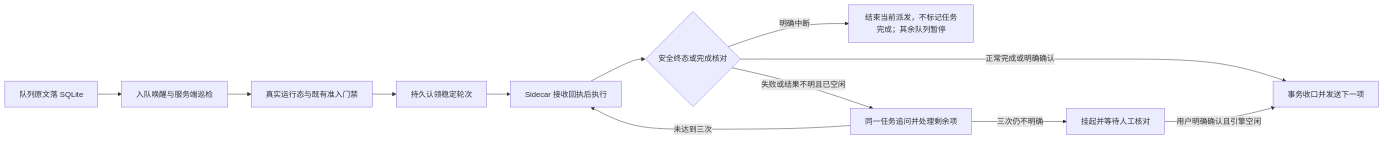
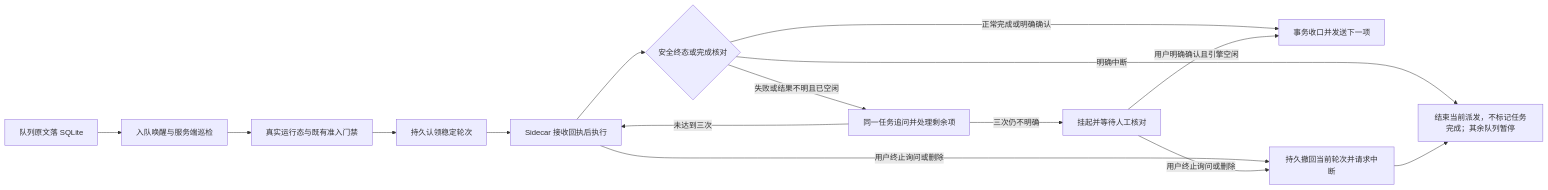
Before and after one commit to exception-coder/kai-toolbox: diagram 35 of 45 in docs/ai-coding-architecture.md, drawn with Mermaid. The commit also changed other lines of this file and 18 other files, not shown here.

````diff
--- a/docs/ai-coding-architecture.md
+++ b/docs/ai-coding-architecture.md
@@ -929,14 +929,17 @@
 ```mermaid
 flowchart LR
     SAVE[队列原文落 SQLite] --> WAKE[入队唤醒与服务端巡检]
     WAKE --> GATE[真实运行态与既有准入门禁]
     GATE --> CLAIM[持久认领稳定轮次]
     CLAIM --> RECEIPT[Sidecar 接收回执后执行]
     RECEIPT --> DONE{安全终态或完成核对}
     DONE -->|正常完成或明确确认| NEXT[事务收口并发送下一项]
     DONE -->|明确中断| CANCEL[结束当前派发，不标记任务完成；其余队列暂停]
     DONE -->|失败或结果不明且已空闲| ASK[同一任务追问并处理剩余项]
     ASK -->|未达到三次| RECEIPT
     ASK -->|三次仍不明确| HOLD[挂起并等待人工核对]
     HOLD -->|用户明确确认且引擎空闲| NEXT
+    RECEIPT -->|用户终止询问或删除| USER_CANCEL[持久撤回当前轮次并请求中断]
+    HOLD -->|用户终止询问或删除| USER_CANCEL
+    USER_CANCEL --> CANCEL
 ```
````
